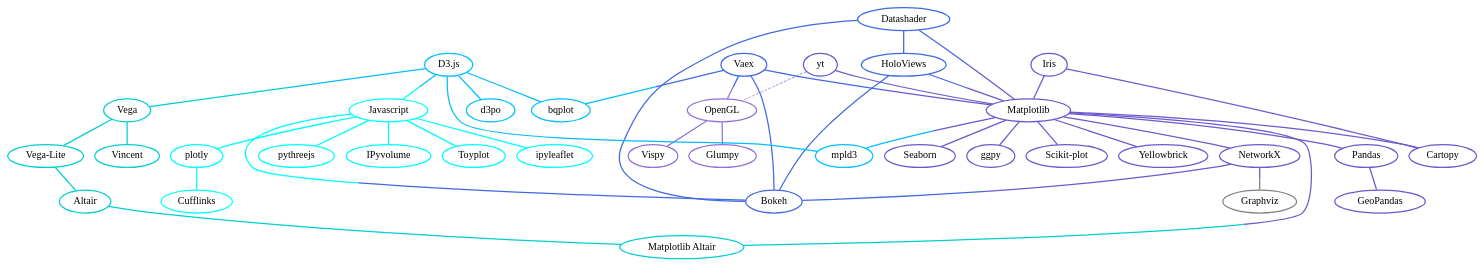
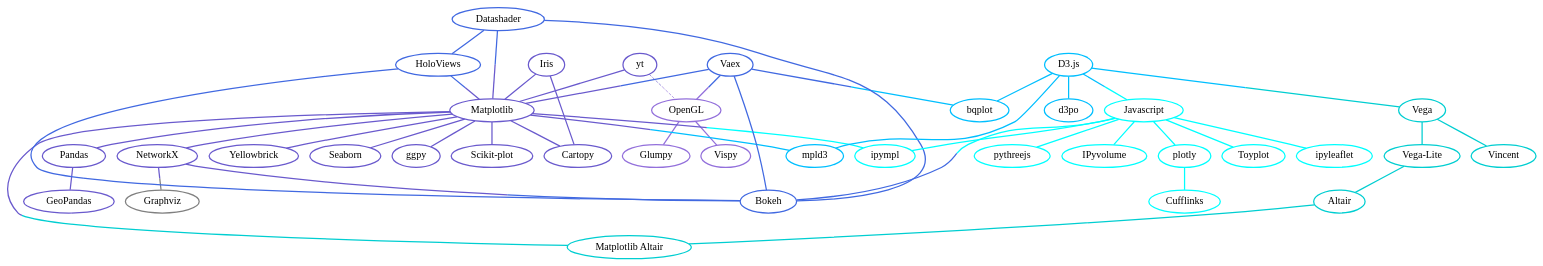
One commit to veit/jupyter-tutorial changed the diagram in docs/viz/overview.rst. Above: the diagram before and after it, drawn with Graphviz. The commit also changed other lines of this file, not shown here.

Commit message:
Add ipympl to visualisation overview

```diff
--- a/docs/viz/overview.rst
+++ b/docs/viz/overview.rst
@@ -122,6 +122,7 @@
         yt -- mpl [color="slateblue"]
         yt -- opengl [color="slateblue;0.5:mediumpurple", style="dashed"]
         mpl -- mpld3 [color="slateblue;0.5:deepskyblue"]
+        mpl -- ipympl [color="slateblue;0.5:cyan"]
         mpl -- mpl_altair [color="slateblue;0.5:darkturquoise"]
 
         // Bokeh
@@ -270,10 +271,17 @@
             color="cyan",
             target="_top",
             href="../viz/js/ipyleaflet.html"]
+        ipympl [
+            label="ipympl",
+            tooltip="Matplotlib\nJupyter Extension",
+            color="cyan",
+            target="_top",
+            href="../workspace/jupyter/ipywidgets/libs/ipympl.html"]
         javascript -- ipyvolume [color="cyan"]
         javascript -- plotly [color="cyan"]
         plotly -- cufflinks [color="cyan"]
         javascript -- ipyleaflet [color="cyan"]
+        javascript -- ipympl [color="cyan"]
         javascript -- toyplot [color="cyan"]
         javascript -- bokeh [color="cyan;0.5:royalblue"]
         javascript -- pythreejs [color="cyan"]
```
